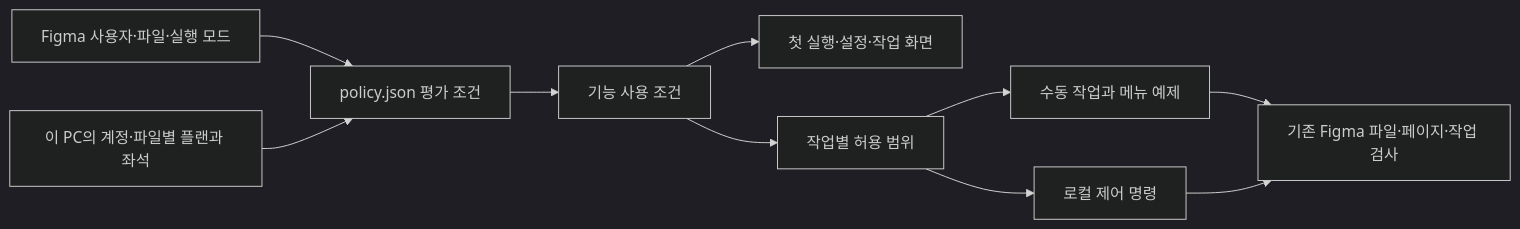
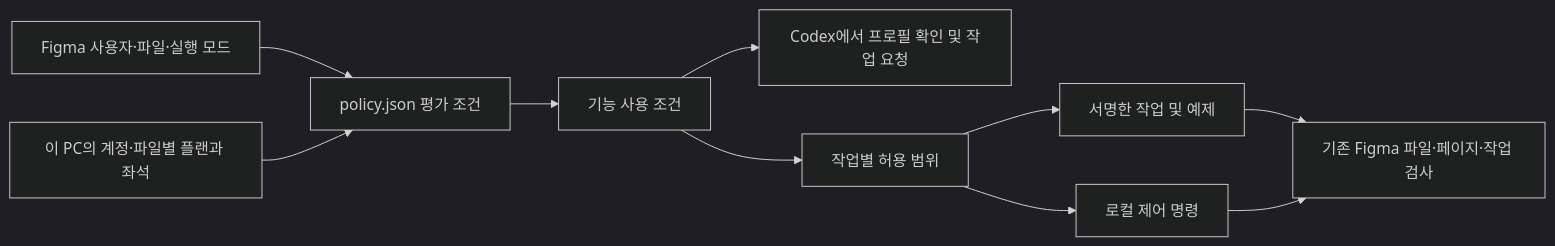
One commit to jonsoku-dev/figma-flow changed the diagram in specs/local-profile-init/spec.md. Above: the diagram before and after it, drawn with Mermaid (dark theme). The commit also changed other lines of this file and 36 other files, not shown here.

````diff
--- a/specs/local-profile-init/spec.md
+++ b/specs/local-profile-init/spec.md
@@ -22,12 +22,12 @@
 ```mermaid
 flowchart LR
   figma["Figma 사용자·파일·실행 모드"] --> facts["policy.json 평가 조건"]
   settings["이 PC의 계정·파일별 플랜과 좌석"] --> facts
   facts --> capabilities["기능 사용 조건"]
-  capabilities --> panel["첫 실행·설정·작업 화면"]
+  capabilities --> panel["Codex에서 프로필 확인 및 작업 요청"]
   capabilities --> operations["작업별 허용 범위"]
-  operations --> manual["수동 작업과 메뉴 예제"]
+  operations --> manual["서명한 작업 및 예제"]
   operations --> relay["로컬 제어 명령"]
   manual --> guard["기존 Figma 파일·페이지·작업 검사"]
   relay --> guard
 ```
````
